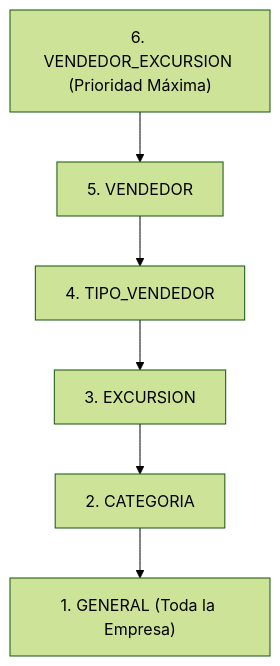
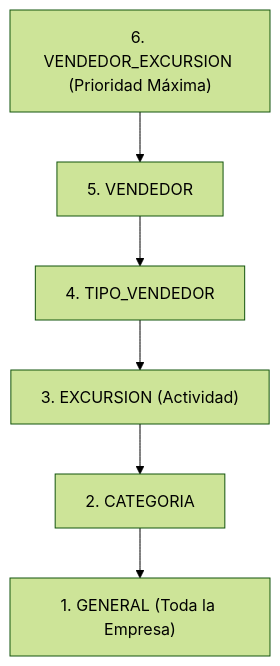
One commit to starlinpaulino94-cloud/MEMBEGO changed the third of 4 diagrams in docs/EXCURSIONES.md. Above: the diagram before and after it, drawn with Mermaid (forest theme). The commit also changed other lines of this file and 11 other files, not shown here.

````diff
--- a/docs/EXCURSIONES.md
+++ b/docs/EXCURSIONES.md
@@ -153,8 +162,8 @@
 ```mermaid
 graph TD
     A["6. VENDEDOR_EXCURSION (Prioridad Máxima)"] --> B["5. VENDEDOR"]
     B --> C["4. TIPO_VENDEDOR"]
-    C --> D["3. EXCURSION"]
+    C --> D["3. EXCURSION (Actividad)"]
     D --> E["2. CATEGORIA"]
     E --> F["1. GENERAL (Toda la Empresa)"]
 ```
````
